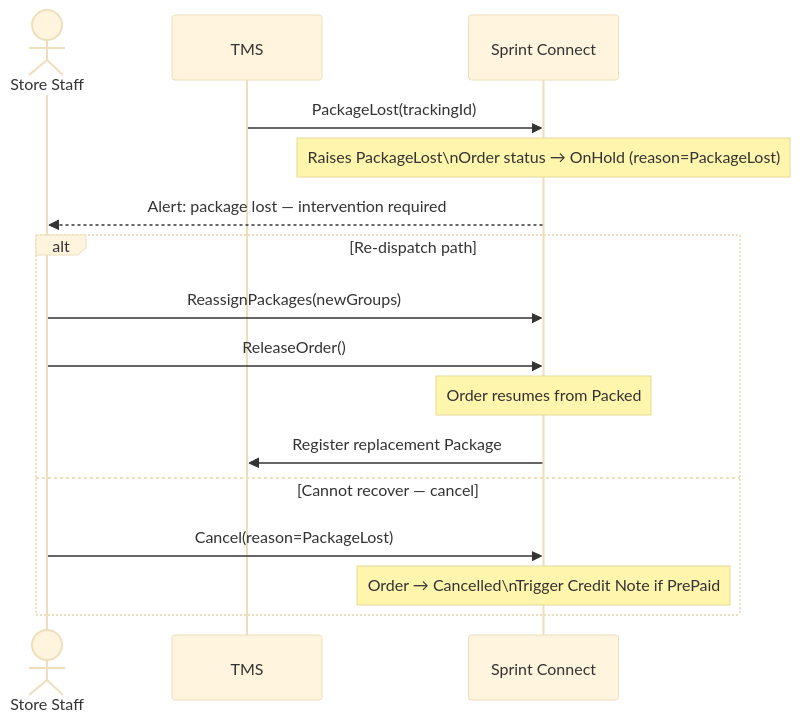
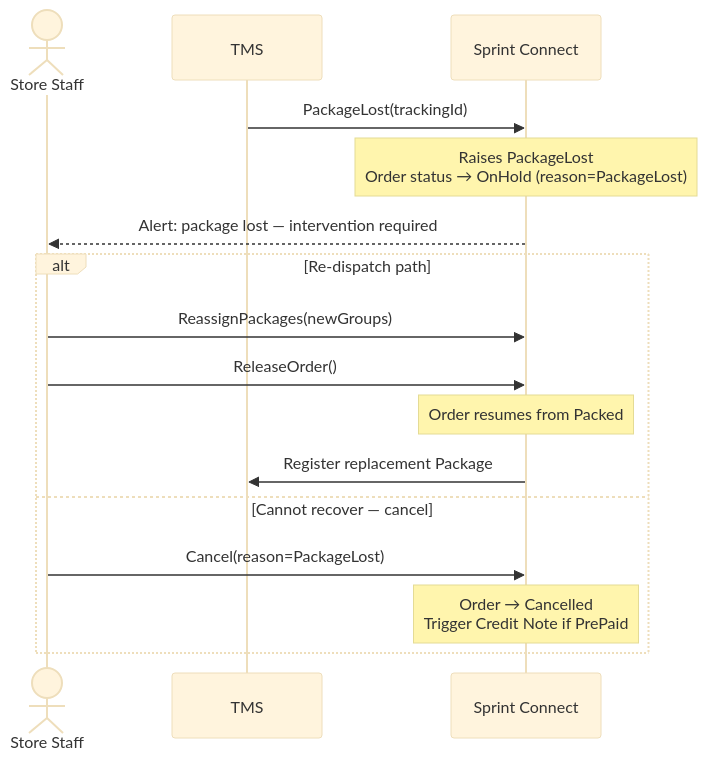
Diagram 16 of 24 in result/oms-sequence-diagrams.md (rosered11/personal-claude), drawn with Mermaid (base theme) before and after one commit. The commit also changed other lines of this file and 7 other files, not shown here.

````diff
--- a/result/oms-sequence-diagrams.md
+++ b/result/oms-sequence-diagrams.md
@@ -565,21 +565,21 @@
 ```mermaid
 sequenceDiagram
     actor SS as Store Staff
     participant TMS as TMS
     participant SC as Sprint Connect
 
     TMS->>SC: PackageLost(trackingId)
-    Note over SC: Raises PackageLost\nOrder status → OnHold (reason=PackageLost)
+    Note over SC: Raises PackageLost<br>Order status → OnHold (reason=PackageLost)
 
     SC-->>SS: Alert: package lost — intervention required
 
     alt Re-dispatch path
         SS->>SC: ReassignPackages(newGroups)
         SS->>SC: ReleaseOrder()
         Note over SC: Order resumes from Packed
         SC->>TMS: Register replacement Package
     else Cannot recover — cancel
         SS->>SC: Cancel(reason=PackageLost)
-        Note over SC: Order → Cancelled\nTrigger Credit Note if PrePaid
+        Note over SC: Order → Cancelled<br>Trigger Credit Note if PrePaid
     end
 ```
````
